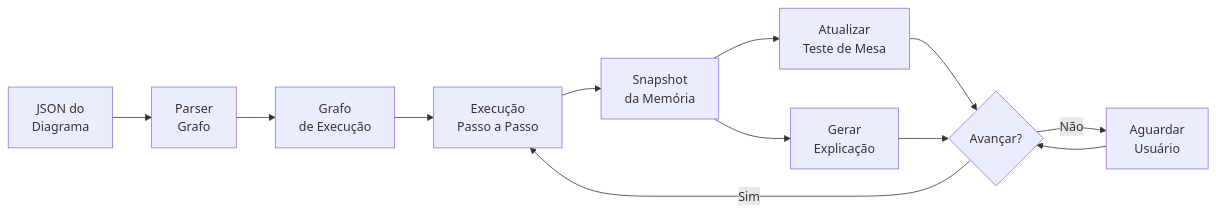
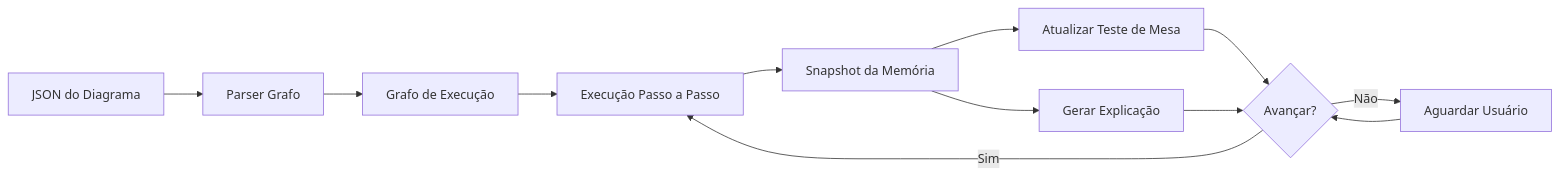
One commit to si-utfpr-gp/blade changed the seventh of 7 diagrams in docs/ssd.md. Above: the diagram before and after it, drawn with Mermaid. The commit also changed other lines of this file, not shown here.

Commit message:
fix: remove br tags from mermaid blocks for GitHub rendering

````diff
--- a/docs/ssd.md
+++ b/docs/ssd.md
@@ -538,14 +538,14 @@
 ```mermaid
 graph LR
-    A[JSON do<br/>Diagrama] --> B[Parser<br/>Grafo]
-    B --> C[Grafo<br/>de Execução]
-    C --> D[Execução<br/>Passo a Passo]
-    D --> E[Snapshot<br/>da Memória]
-    E --> F[Atualizar<br/>Teste de Mesa]
-    E --> G[Gerar<br/>Explicação]
+    A[JSON do Diagrama] --> B[Parser Grafo]
+    B --> C[Grafo de Execução]
+    C --> D[Execução Passo a Passo]
+    D --> E[Snapshot da Memória]
+    E --> F[Atualizar Teste de Mesa]
+    E --> G[Gerar Explicação]
     F --> H{Avançar?}
     G --> H
     H -->|Sim| D
-    H -->|Não| I[Aguardar<br/>Usuário]
+    H -->|Não| I[Aguardar Usuário]
     I --> H
 ```
````
